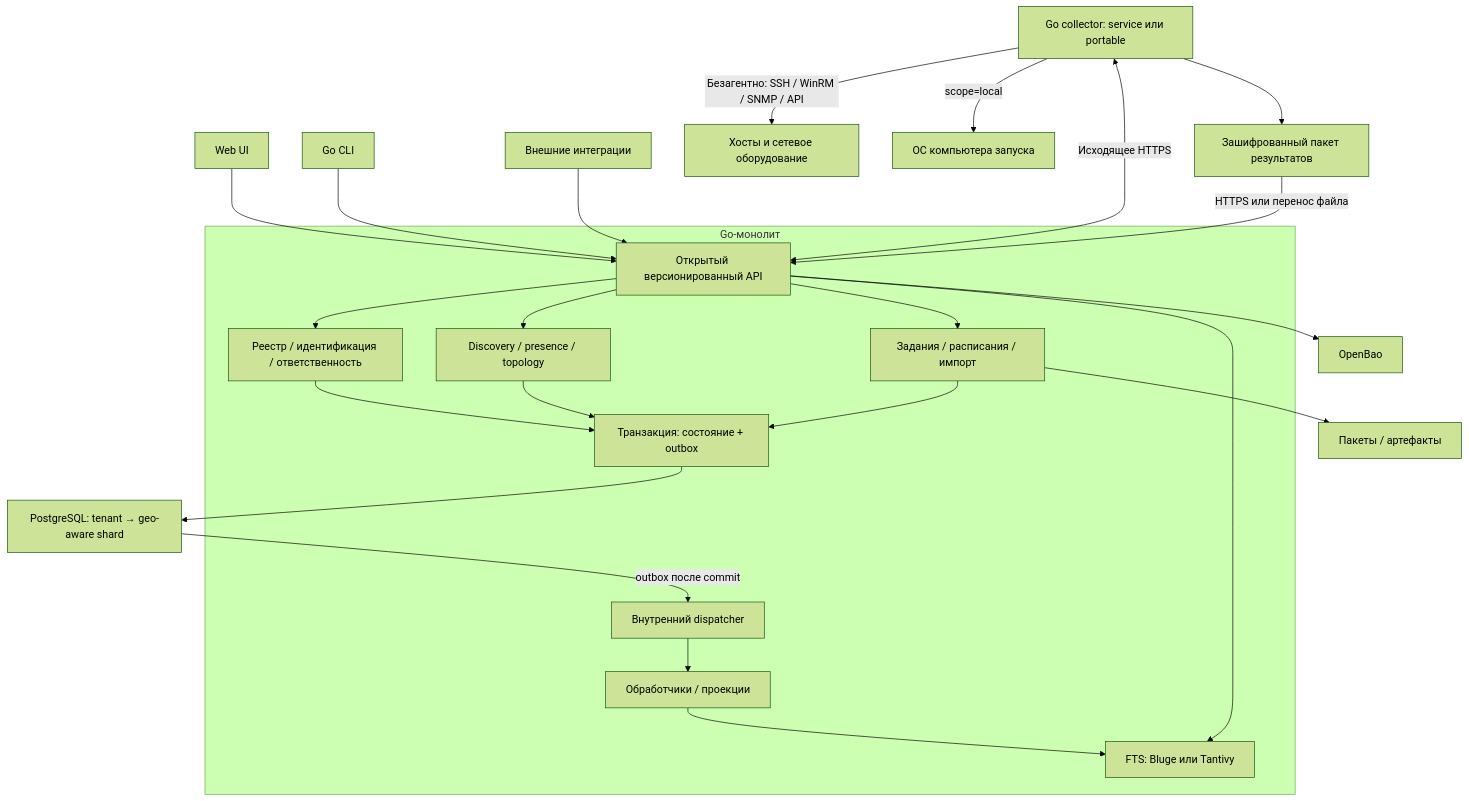
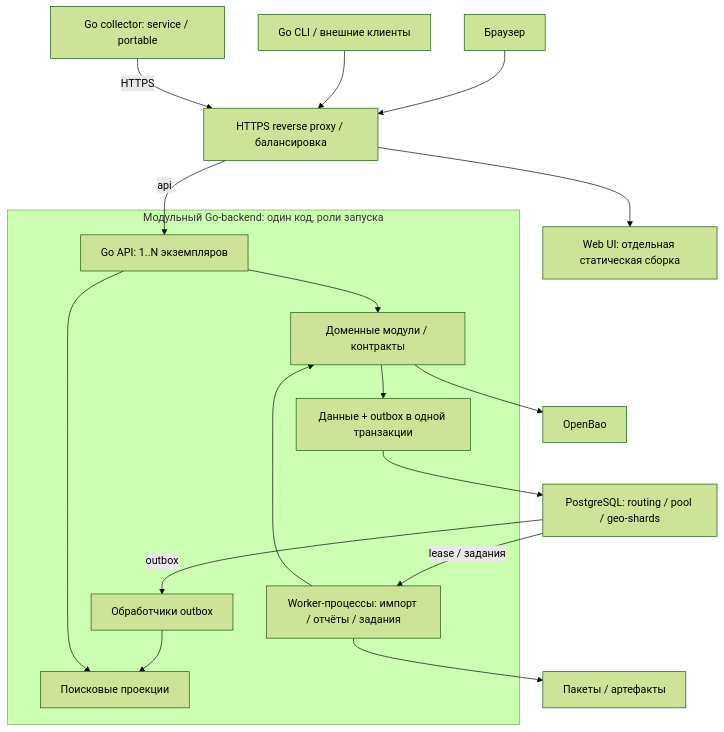
The first of 5 diagrams in docs/architecture/go-target-architecture.md (QgMixtate/surveyscan), drawn with Mermaid (forest theme) before and after one commit. The commit also changed other lines of this file, not shown here.

Commit message:
docs: R-009 отдельный Web UI и границы backend; спецификация 0.3

````diff
--- a/docs/architecture/go-target-architecture.md
+++ b/docs/architecture/go-target-architecture.md
@@ -11,26 +11,21 @@
 ```mermaid
 flowchart TB
-    UI["Web UI"] --> API["Открытый версионированный API"]
-    CLI["Go CLI"] --> API
-    Ext["Внешние интеграции"] --> API
-    subgraph Center["Go-монолит"]
-        API --> Domain["Реестр / идентификация / ответственность"]
-        API --> Discovery["Discovery / presence / topology"]
-        API --> Jobs["Задания / расписания / импорт"]
-        Domain --> Tx["Транзакция: состояние + outbox"]
-        Discovery --> Tx
-        Jobs --> Tx
-        Dispatch["Внутренний dispatcher"] --> Proj["Обработчики / проекции"]
-        Proj --> Search["FTS: Bluge или Tantivy"]
+    Browser["Браузер"] --> Edge["HTTPS reverse proxy / балансировка"]
+    Edge --> Web["Web UI: отдельная статическая сборка"]
+    Edge -->|"api"| API["Go API: 1..N экземпляров"]
+    CLI["Go CLI / внешние клиенты"] --> Edge
+    Collector["Go collector: service / portable"] -->|"HTTPS"| Edge
+
+    subgraph Backend["Модульный Go-backend: один код, роли запуска"]
+        API --> Domain["Доменные модули / контракты"]
+        Worker["Worker-процессы: импорт / отчёты / задания"] --> Domain
+        Domain --> Tx["Данные + outbox в одной транзакции"]
+        Dispatcher["Обработчики outbox"] --> Search["Поисковые проекции"]
     end
-    Tx --> PG["PostgreSQL: tenant → geo-aware shard"]
-    PG -->|"outbox после commit"| Dispatch
+    Tx --> PG["PostgreSQL: routing / pool / geo-shards"]
+    PG -->|"lease / задания"| Worker
+    PG -->|"outbox"| Dispatcher
+    Domain --> Bao["OpenBao"]
+    Worker --> Artifacts["Пакеты / артефакты"]
     API --> Search
-    API --> Bao["OpenBao"]
-    Jobs --> Store["Пакеты / артефакты"]
-    Collector["Go collector: service или portable"] <-->|"Исходящее HTTPS"| API
-    Collector -->|"Безагентно: SSH / WinRM / SNMP / API"| Targets["Хосты и сетевое оборудование"]
-    Collector -->|"scope=local"| OS["ОС компьютера запуска"]
-    Collector --> Pack["Зашифрованный пакет результатов"]
-    Pack -->|"HTTPS или перенос файла"| API
 ```
````
